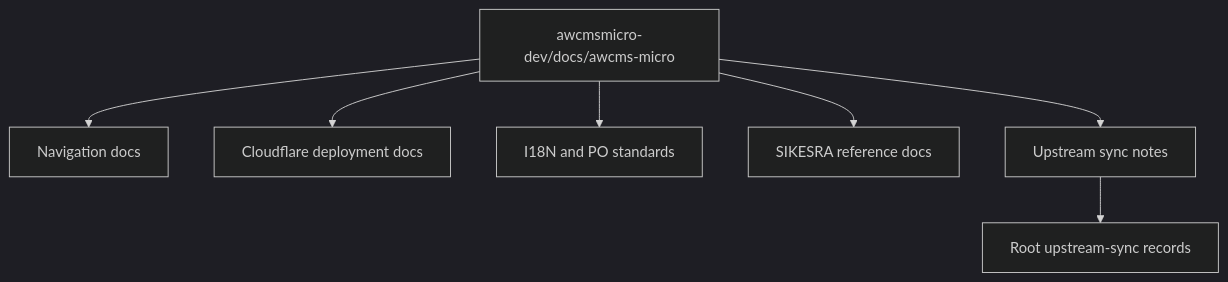
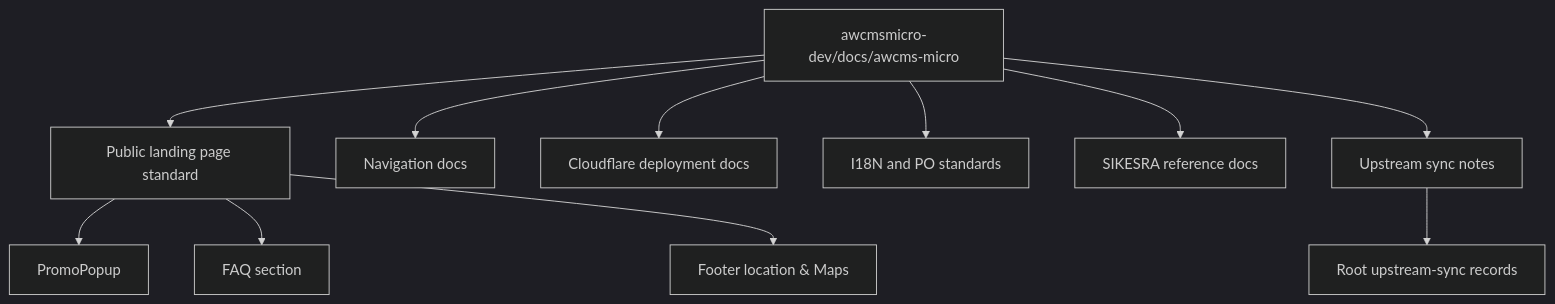
Before and after one commit to ahliweb/awcms-micro: the diagram in awcmsmicro-dev/docs/awcms-micro/README.md, drawn with Mermaid (dark theme). The commit also changed other lines of this file and 4 other files, not shown here.

First line of the commit message:
docs: add public landing page standard and update docs to reflect current features

````diff
--- a/awcmsmicro-dev/docs/awcms-micro/README.md
+++ b/awcmsmicro-dev/docs/awcms-micro/README.md
@@ -7,9 +7,13 @@
 ```mermaid
 flowchart TD
-  Boundary[awcmsmicro-dev/docs/awcms-micro] --> Navigation[Navigation docs]
+  Boundary[awcmsmicro-dev/docs/awcms-micro] --> LandingPage[Public landing page standard]
+  Boundary --> Navigation[Navigation docs]
   Boundary --> Deployment[Cloudflare deployment docs]
   Boundary --> I18N[I18N and PO standards]
   Boundary --> Sikesra[SIKESRA reference docs]
   Boundary --> Sync[Upstream sync notes]
   Sync --> RootSync[Root upstream-sync records]
+  LandingPage --> Promo[PromoPopup]
+  LandingPage --> FAQ[FAQ section]
+  LandingPage --> Location[Footer location & Maps]
 ```
````
